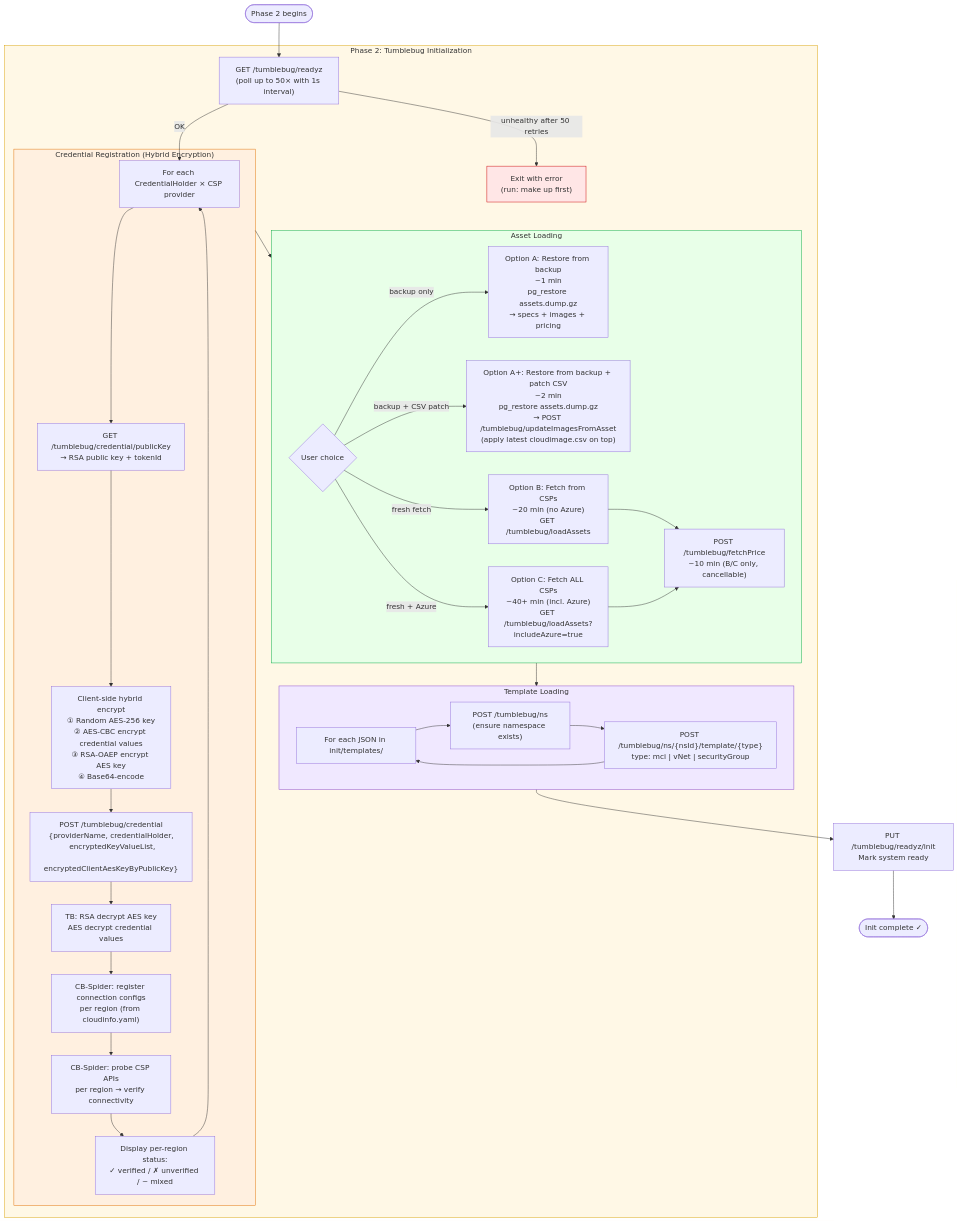
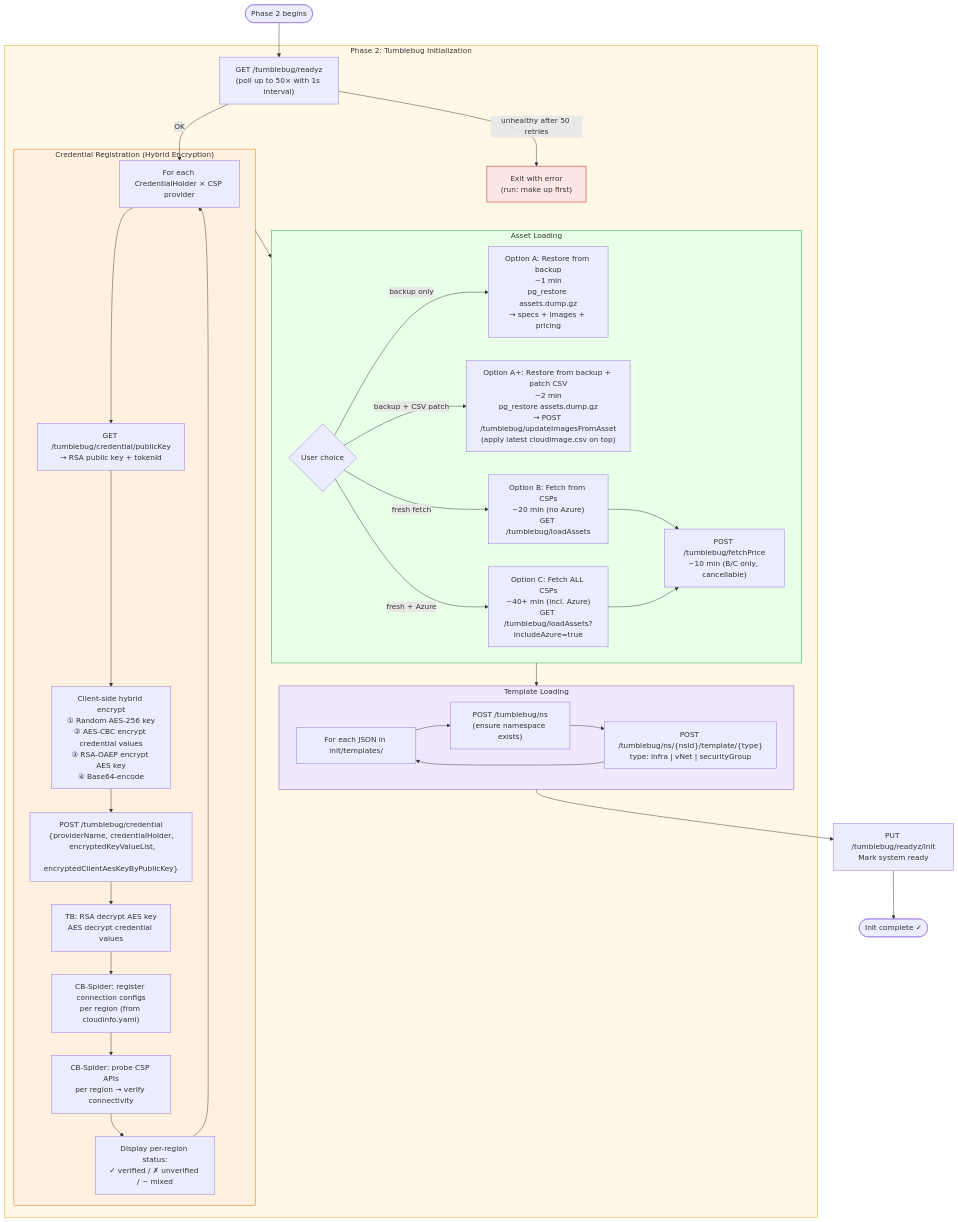
One commit to cloud-barista/cb-tumblebug changed the fifth of 6 diagrams in docs/feature_guide/make-init-workflow.md. Above: the diagram before and after it, drawn with Mermaid. The commit also changed other lines of this file and 197 other files, not shown here.

Commit message:
Refactor MIC and SubGroup to Infra and NodeGroup

````diff
--- a/docs/feature_guide/make-init-workflow.md
+++ b/docs/feature_guide/make-init-workflow.md
@@ -301,56 +301,56 @@
 ```mermaid
 flowchart TD
     Start([Phase 2 begins]) --> Health
 
     subgraph Phase2["Phase 2: Tumblebug Initialization"]
         Health["GET /tumblebug/readyz\n(poll up to 50× with 1s interval)"]
         Health -->|unhealthy after 50 retries| ErrTB["Exit with error\n(run: make up first)"]
         Health -->|OK| CredLoop
 
         subgraph CredReg["Credential Registration (Hybrid Encryption)"]
             CredLoop["For each CredentialHolder × CSP provider"]
             GetKey["GET /tumblebug/credential/publicKey\n→ RSA public key + tokenId"]
             Encrypt["Client-side hybrid encrypt\n① Random AES-256 key\n② AES-CBC encrypt credential values\n③ RSA-OAEP encrypt AES key\n④ Base64-encode"]
             Post["POST /tumblebug/credential\n{providerName, credentialHolder,\n encryptedKeyValueList,\n encryptedClientAesKeyByPublicKey}"]
             Decrypt2["TB: RSA decrypt AES key\nAES decrypt credential values"]
             SpiderReg["CB-Spider: register connection configs\nper region (from cloudinfo.yaml)"]
             Probe["CB-Spider: probe CSP APIs\nper region → verify connectivity"]
             Report["Display per-region status:\n✓ verified / ✗ unverified / ~ mixed"]
             CredLoop --> GetKey --> Encrypt --> Post --> Decrypt2 --> SpiderReg --> Probe --> Report --> CredLoop
         end
 
         subgraph AssetLoad["Asset Loading"]
             Choice{User choice}
             OptA["Option A: Restore from backup\n~1 min\npg_restore assets.dump.gz\n→ specs + images + pricing"]
             OptAPlus["Option A+: Restore from backup + patch CSV\n~2 min\npg_restore assets.dump.gz\n→ POST /tumblebug/updateImagesFromAsset\n(apply latest cloudimage.csv on top)"]
             OptB["Option B: Fetch from CSPs\n~20 min (no Azure)\nGET /tumblebug/loadAssets"]
             OptC["Option C: Fetch ALL CSPs\n~40+ min (incl. Azure)\nGET /tumblebug/loadAssets?includeAzure=true"]
             Price["POST /tumblebug/fetchPrice\n~10 min (B/C only, cancellable)"]
 
             Choice -->|backup only| OptA
             Choice -->|backup + CSV patch| OptAPlus
             Choice -->|fresh fetch| OptB
             Choice -->|fresh + Azure| OptC
             OptB --> Price
             OptC --> Price
         end
 
         subgraph TplLoad["Template Loading"]
             TplLoop["For each JSON in init/templates/"]
             EnsureNS["POST /tumblebug/ns\n(ensure namespace exists)"]
-            PostTpl["POST /tumblebug/ns/{nsId}/template/{type}\ntype: mci | vNet | securityGroup"]
+            PostTpl["POST /tumblebug/ns/{nsId}/template/{type}\ntype: infra | vNet | securityGroup"]
             TplLoop --> EnsureNS --> PostTpl --> TplLoop
         end
 
         CredReg --> AssetLoad --> TplLoad
     end
 
     TplLoad --> Ready["PUT /tumblebug/readyz/init\nMark system ready"]
     Ready --> Done([Init complete ✓])
 
     style Phase2 fill:#fff8e6,stroke:#d9a000
     style ErrTB fill:#ffe6e6,stroke:#cc0000
     style CredReg fill:#fff0e0,stroke:#e07000
     style AssetLoad fill:#e8ffe8,stroke:#00aa44
     style TplLoad fill:#f0e8ff,stroke:#8844cc
 ```
````
